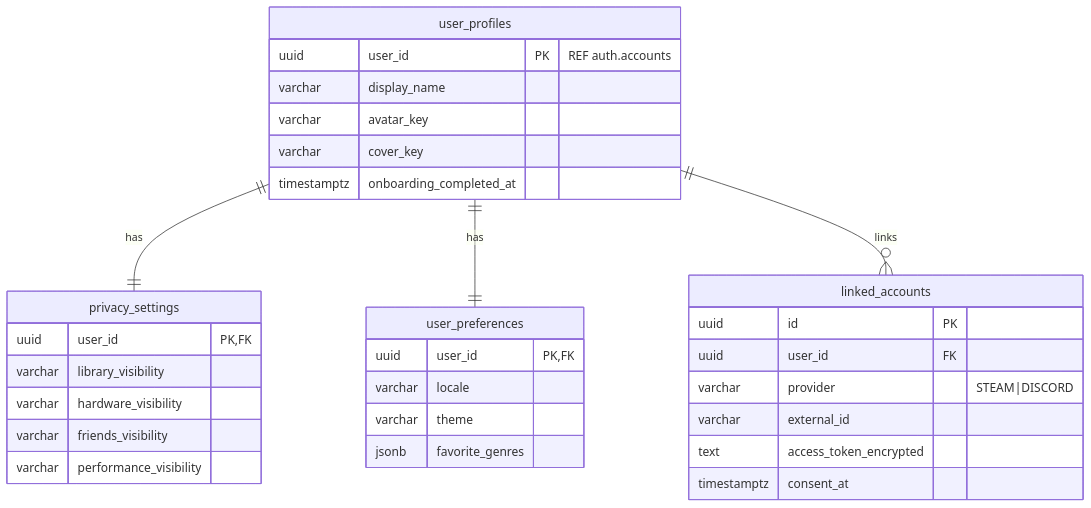
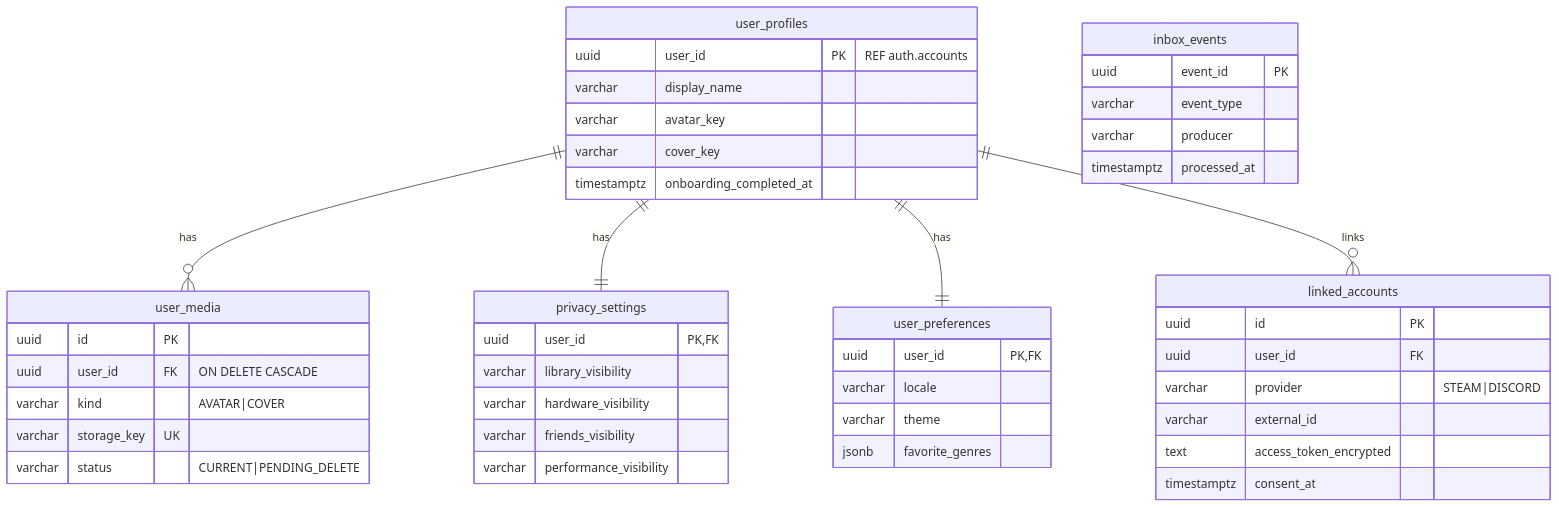
One commit to alperrte/lobbytwozero changed the third of 29 diagrams in docs/er-diagram.md. Above: the diagram before and after it, drawn with Mermaid. The commit also changed other lines of this file and 53 other files, not shown here.

````diff
--- a/docs/er-diagram.md
+++ b/docs/er-diagram.md
@@ -175,35 +177,49 @@
 ```mermaid
 erDiagram
+  user_profiles ||--o{ user_media : has
+  user_media {
+    uuid id PK
+    uuid user_id FK "ON DELETE CASCADE"
+    varchar kind "AVATAR|COVER"
+    varchar storage_key UK
+    varchar status "CURRENT|PENDING_DELETE"
+  }
+  inbox_events {
+    uuid event_id PK
+    varchar event_type
+    varchar producer
+    timestamptz processed_at
+  }
   user_profiles ||--|| privacy_settings : has
   user_profiles ||--|| user_preferences : has
   user_profiles ||--o{ linked_accounts : links
 
   user_profiles {
     uuid user_id PK "REF auth.accounts"
     varchar display_name
     varchar avatar_key
     varchar cover_key
     timestamptz onboarding_completed_at
   }
   privacy_settings {
     uuid user_id PK,FK
     varchar library_visibility
     varchar hardware_visibility
     varchar friends_visibility
     varchar performance_visibility
   }
   user_preferences {
     uuid user_id PK,FK
     varchar locale
     varchar theme
     jsonb favorite_genres
   }
   linked_accounts {
     uuid id PK
     uuid user_id FK
     varchar provider "STEAM|DISCORD"
     varchar external_id
     text access_token_encrypted
     timestamptz consent_at
   }
 ```
````
